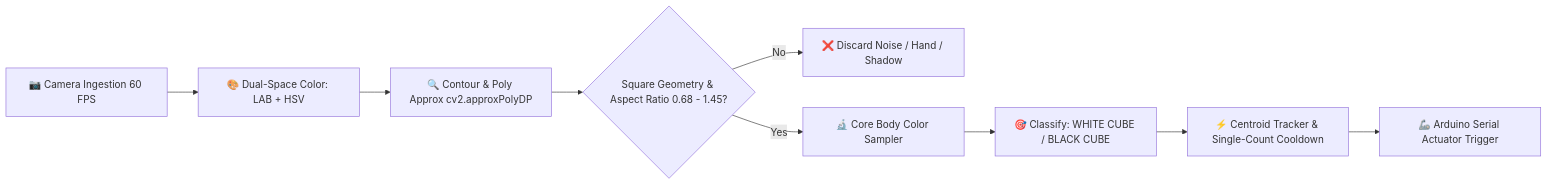
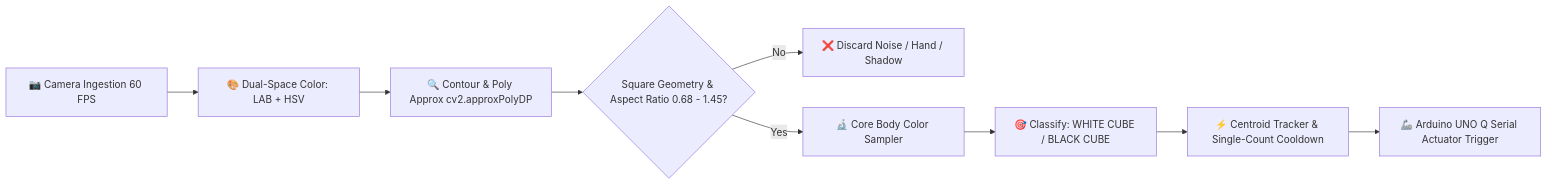
Before and after one commit to Hemanth-08-RA/Conveyor_Sorting-Using-Physical-AI: the first of 2 diagrams in README.md, drawn with Mermaid. The commit also changed other lines of this file and 3 other files, not shown here.

Commit message:
refactor: update all references to Arduino UNO Q microcontroller across firmware, vision backend, diagrams, and documentation

````diff
--- a/README.md
+++ b/README.md
@@ -64,11 +64,11 @@
 ```mermaid
 flowchart LR
     A[📷 Camera Ingestion 60 FPS] --> B[🎨 Dual-Space Color: LAB + HSV]
     B --> C[🔍 Contour & Poly Approx cv2.approxPolyDP]
     C --> D{Square Geometry & Aspect Ratio 0.68 - 1.45?}
     D -- No --> E[❌ Discard Noise / Hand / Shadow]
     D -- Yes --> F[🔬 Core Body Color Sampler]
     F --> G[🎯 Classify: WHITE CUBE / BLACK CUBE]
     G --> H[⚡ Centroid Tracker & Single-Count Cooldown]
-    H --> I[🦾 Arduino Serial Actuator Trigger]
+    H --> I[🦾 Arduino UNO Q Serial Actuator Trigger]
 ```
````
